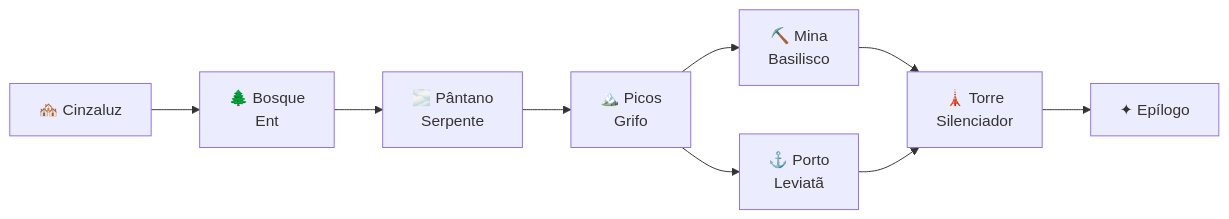
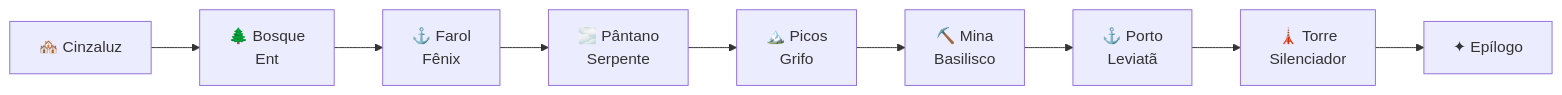
The diagram in README.md (b3ery/EcosDoArconos), drawn with Mermaid before and after one commit. The commit also changed other lines of this file, not shown here.

````diff
--- a/README.md
+++ b/README.md
@@ -98,11 +140,11 @@
 ```mermaid
 flowchart LR
   A["🏘️ Cinzaluz"] --> B["🌲 Bosque<br/>Ent"]
-  B --> C["🌫️ Pântano<br/>Serpente"]
-  C --> D["🏔️ Picos<br/>Grifo"]
-  D --> E["⛏️ Mina<br/>Basilisco"]
-  D --> F["⚓ Porto<br/>Leviatã"]
-  E --> G["🗼 Torre<br/>Silenciador"]
-  F --> G
-  G --> H["✦ Epílogo"]
+  B --> C["⚓ Farol<br/>Fênix"]
+  C --> D["🌫️ Pântano<br/>Serpente"]
+  D --> E["🏔️ Picos<br/>Grifo"]
+  E --> F["⛏️ Mina<br/>Basilisco"]
+  F --> G["⚓ Porto<br/>Leviatã"]
+  G --> H["🗼 Torre<br/>Silenciador"]
+  H --> I["✦ Epílogo"]
 ```
````
